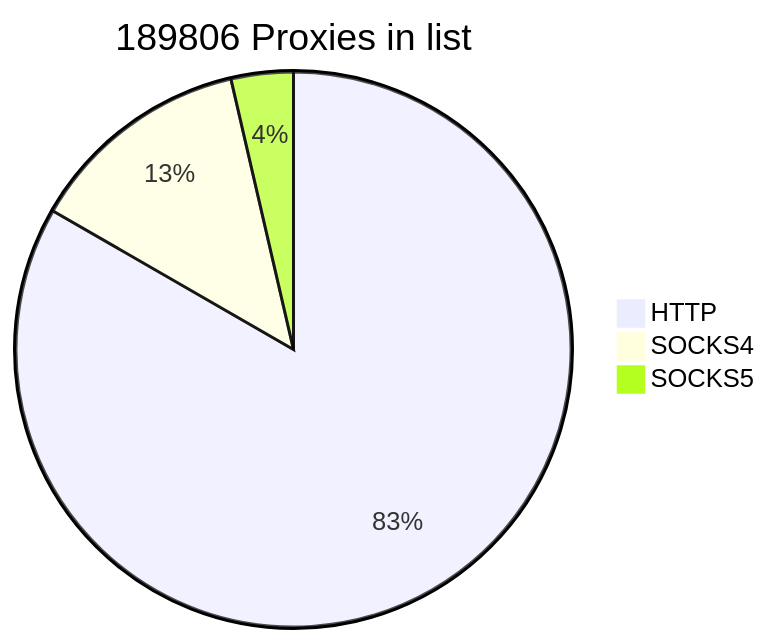
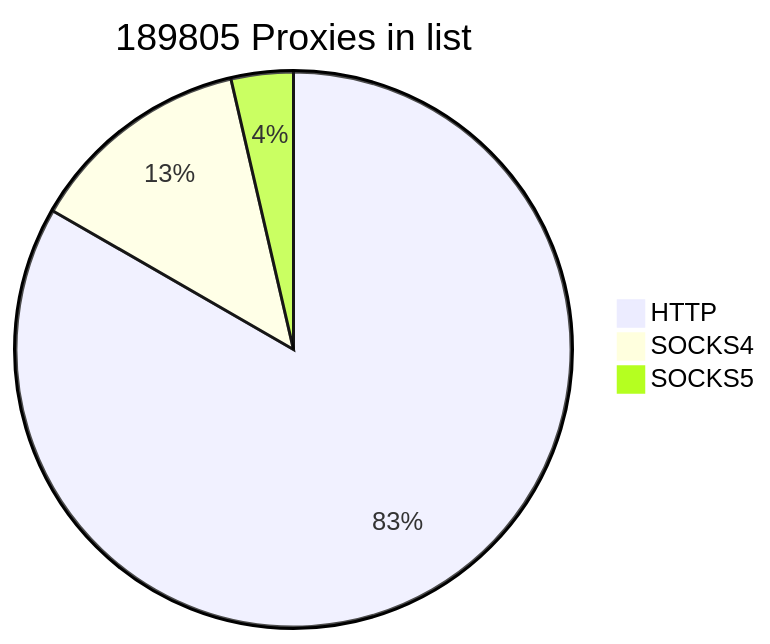
Before and after one commit to cutipu/proxylist: the first of 2 diagrams in README.md, drawn with Mermaid. The commit also changed other lines of this file, not shown here.

````diff
--- a/README.md
+++ b/README.md
@@ -2,7 +2,7 @@
 ```mermaid
-pie title 189806 Proxies in list
+pie title 189805 Proxies in list
     "HTTP" : 158148
-    "SOCKS4" : 24792
+    "SOCKS4" : 24791
     "SOCKS5" : 6866
             
 ```
````
